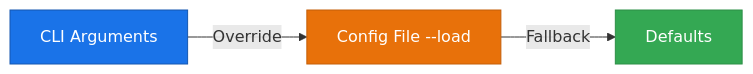
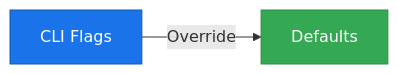
One commit to straightchlorine/quantum-pipeline changed the diagram in docs/usage/index.md. Above: the diagram before and after it, drawn with Mermaid. The commit also changed other lines of this file and 27 other files, not shown here.

````diff
--- a/docs/usage/index.md
+++ b/docs/usage/index.md
@@ -6,9 +6,7 @@
 ```mermaid
 graph LR
-    A[CLI Arguments] -->|Override| B[Config File --load]
-    B -->|Fallback| C[Defaults]
+    A[CLI Flags] -->|Override| C[Defaults]
 
     style A fill:#1a73e8,color:#fff,stroke:#1557b0
-    style B fill:#e8710a,color:#fff,stroke:#c45e08
     style C fill:#34a853,color:#fff,stroke:#2d8f47
 ```
````
